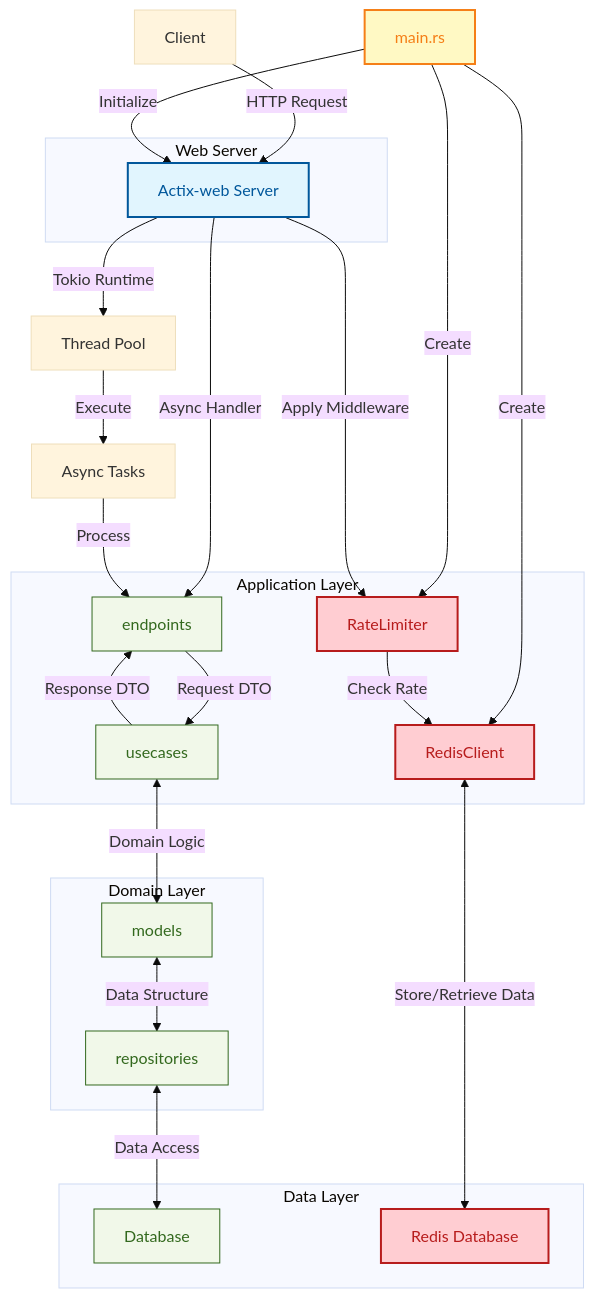
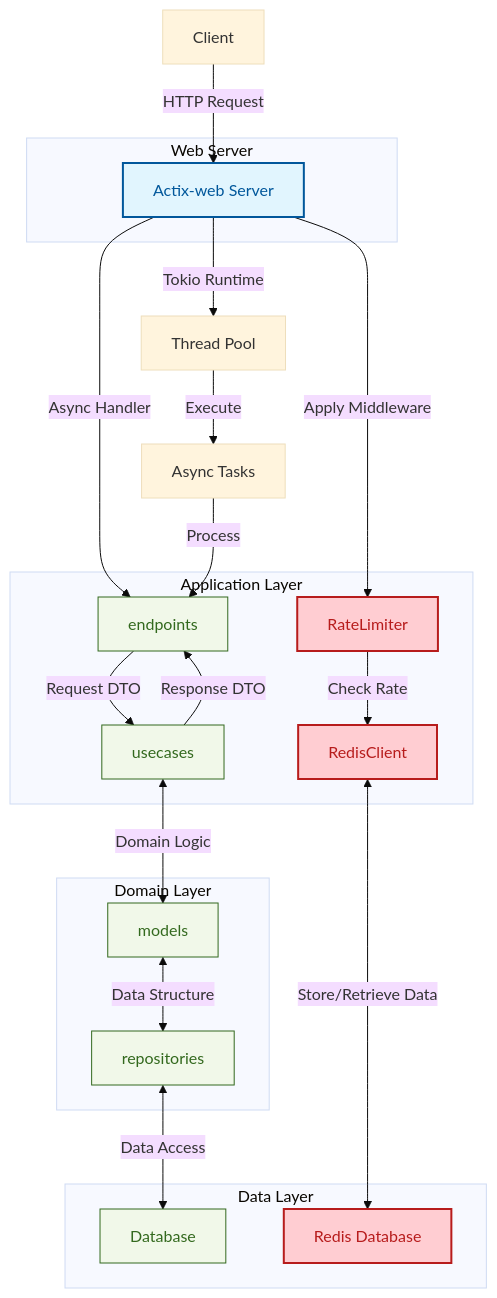
The diagram in backend/README.md (riii111/DevTrackr), drawn with Mermaid (base theme) before and after one commit.

````diff
--- a/backend/README.md
+++ b/backend/README.md
@@ -1,52 +3,48 @@
 ```mermaid
 graph TD
     A[Client] -->|HTTP Request| B[Actix-web Server]
     B -->|Async Handler| D[endpoints]
     D -->|Request DTO| E[usecases]
     E -->|Response DTO| D
     E <-->|Domain Logic| F[models]
     F <-->|Data Structure| G[repositories]
     G <-->|Data Access| H[Database]
-
-    K[main.rs] -->|Initialize| B
-    K -->|Create| M[RedisClient]
-    K -->|Create| N[RateLimiter]
 
     B -->|Apply Middleware| N
     N -->|Check Rate| M
     M <-->|Store/Retrieve Data| O[Redis Database]
 
     subgraph "Web Server"
     B
     end
 
     subgraph "Application Layer"
     D
     E
-    N
-    M
+    N[RateLimiter]
+    M[RedisClient]
     end
 
     subgraph "Domain Layer"
     F
     G
     end
 
     subgraph "Data Layer"
     H
     O
     end
 
     classDef webServer fill:#e1f5fe,stroke:#01579b,stroke-width:2px,color:#01579b;
     class B webServer;
     classDef mainFile fill:#fff9c4,stroke:#f57f17,stroke-width:2px,color:#f57f17;
     class K mainFile;
     classDef layer fill:#f1f8e9,stroke:#33691e,stroke-width:1px,color:#33691e;
     class D,E,F,G,H,N,M,O layer;
     classDef redis fill:#ffcdd2,stroke:#b71c1c,stroke-width:2px,color:#b71c1c;
     class M,N,O redis;
 
     B -->|Tokio Runtime| P[Thread Pool]
     P -->|Execute| Q[Async Tasks]
     Q -->|Process| D
 ```
````
